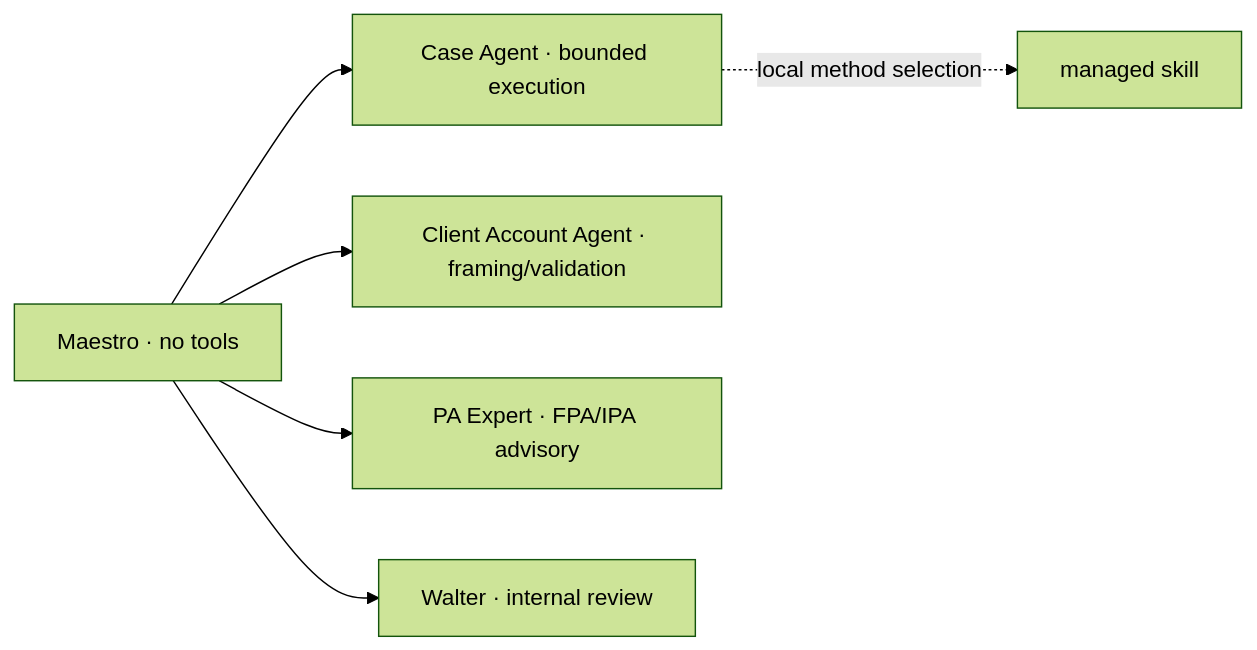
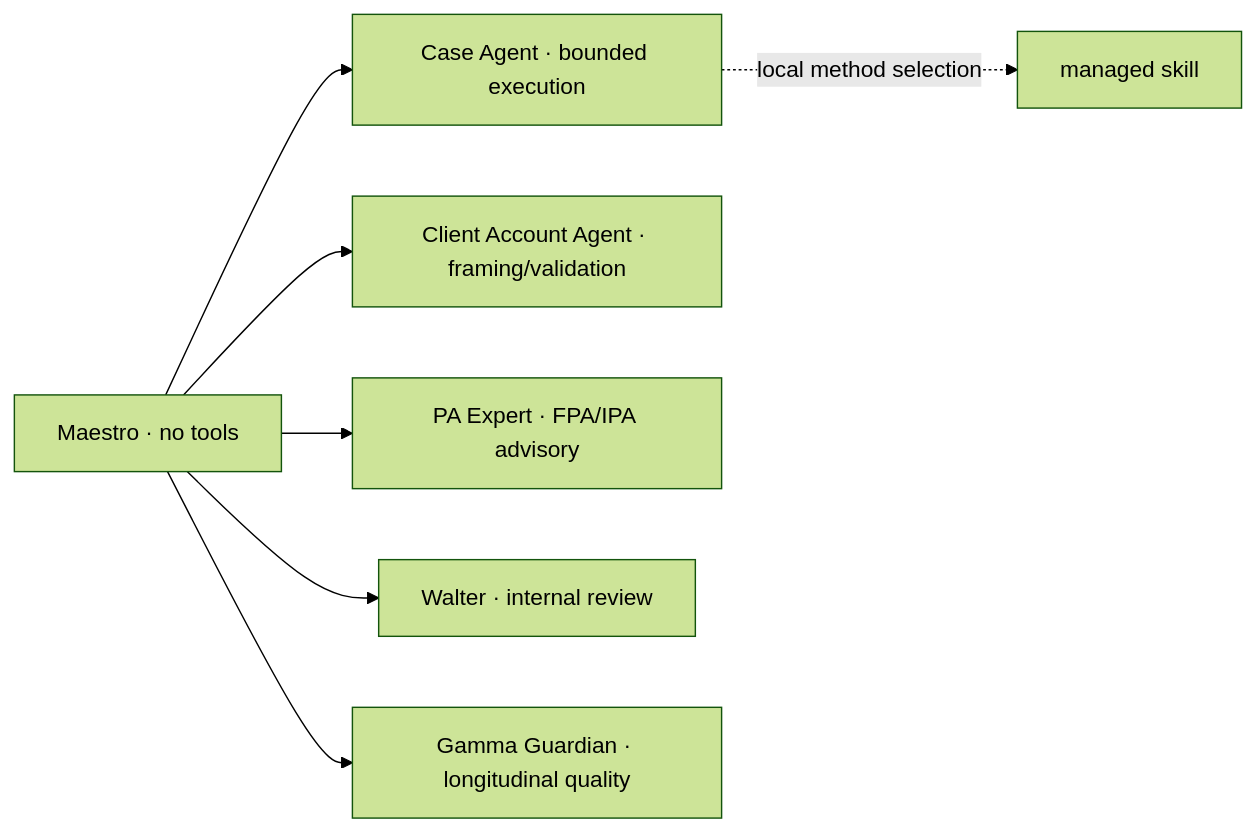
Before and after one commit to agentic-os-brasil/bcg-brasil-agentic-os: the diagram in specs/034-vertical-agents-and-transversal-skills.md, drawn with Mermaid (forest theme). The commit also changed other lines of this file and 34 other files, not shown here.

Commit message:
feat(maestro): add longitudinal Gamma Guardian

````diff
--- a/specs/034-vertical-agents-and-transversal-skills.md
+++ b/specs/034-vertical-agents-and-transversal-skills.md
@@ -6,8 +6,9 @@
 ```mermaid
 flowchart LR
   M[Maestro · no tools] --> C[Case Agent · bounded execution]
   M --> A[Client Account Agent · framing/validation]
   M --> P[PA Expert · FPA/IPA advisory]
   M --> W[Walter · internal review]
+  M --> G[Gamma Guardian · longitudinal quality]
   C -. local method selection .-> S[managed skill]
 ```
````
